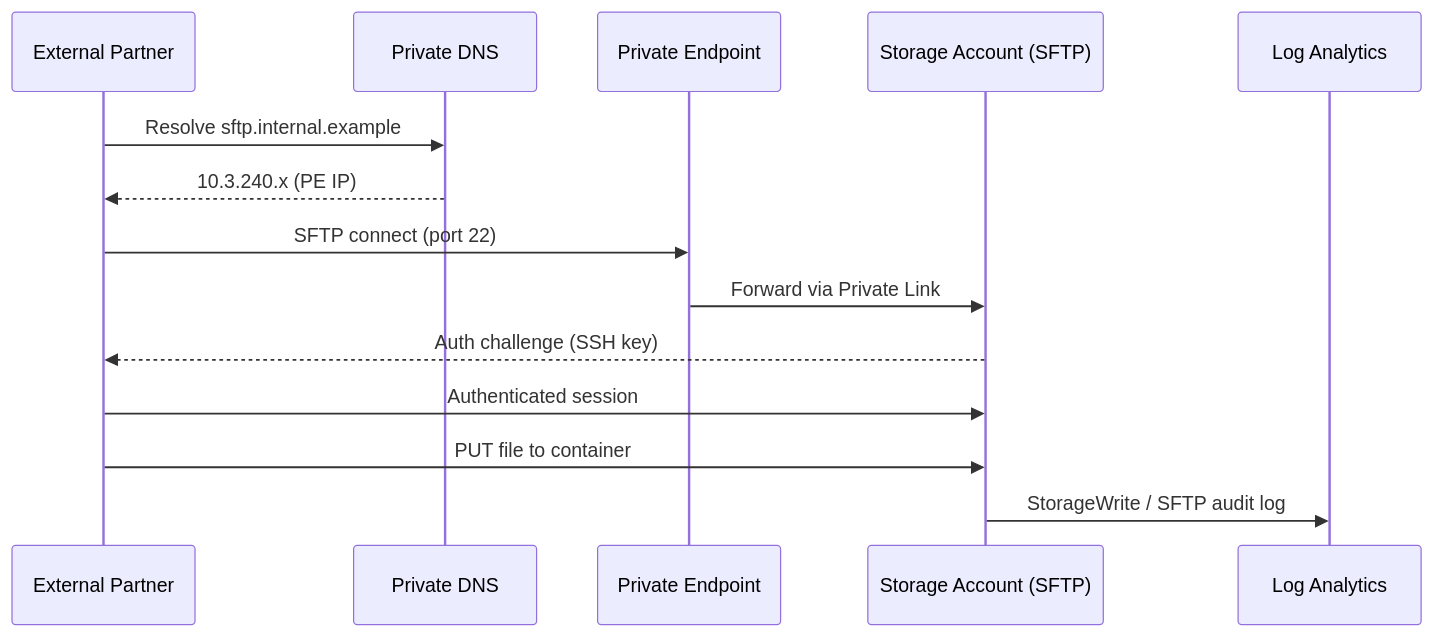
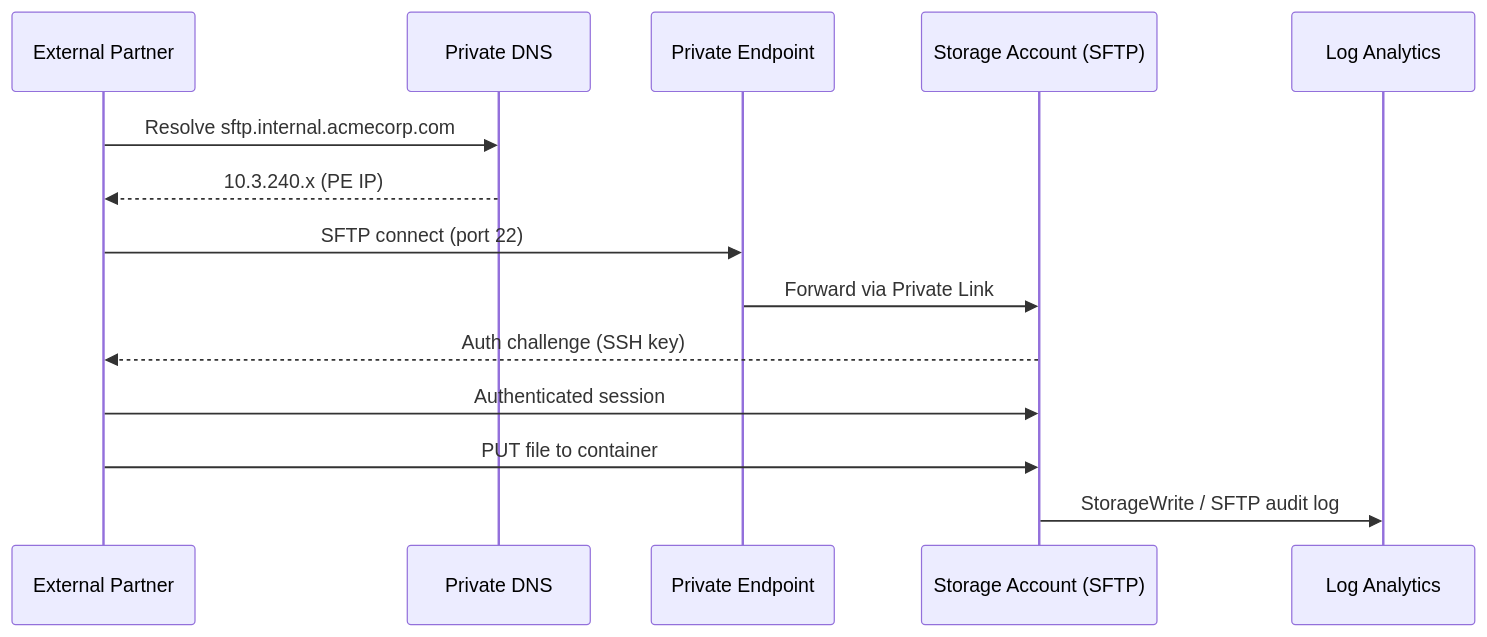
Before and after one commit to mrdseed/platform-admin-automation: the diagram in diagrams/sftp-platform.mmd, drawn with Mermaid. The commit also changed 28 other files, not shown here.

```diff
--- a/diagrams/sftp-platform.mmd
+++ b/diagrams/sftp-platform.mmd
@@ -1,17 +1,17 @@
 %% SFTP Platform — Private B2B File Exchange
 
 sequenceDiagram
     participant Partner as External Partner
     participant DNS as Private DNS
     participant PE as Private Endpoint
     participant ST as Storage Account (SFTP)
     participant LAW as Log Analytics
 
-    Partner->>DNS: Resolve sftp.internal.example
+    Partner->>DNS: Resolve sftp.internal.acmecorp.com
     DNS-->>Partner: 10.3.240.x (PE IP)
     Partner->>PE: SFTP connect (port 22)
     PE->>ST: Forward via Private Link
     ST-->>Partner: Auth challenge (SSH key)
     Partner->>ST: Authenticated session
     Partner->>ST: PUT file to container
     ST->>LAW: StorageWrite / SFTP audit log
```
